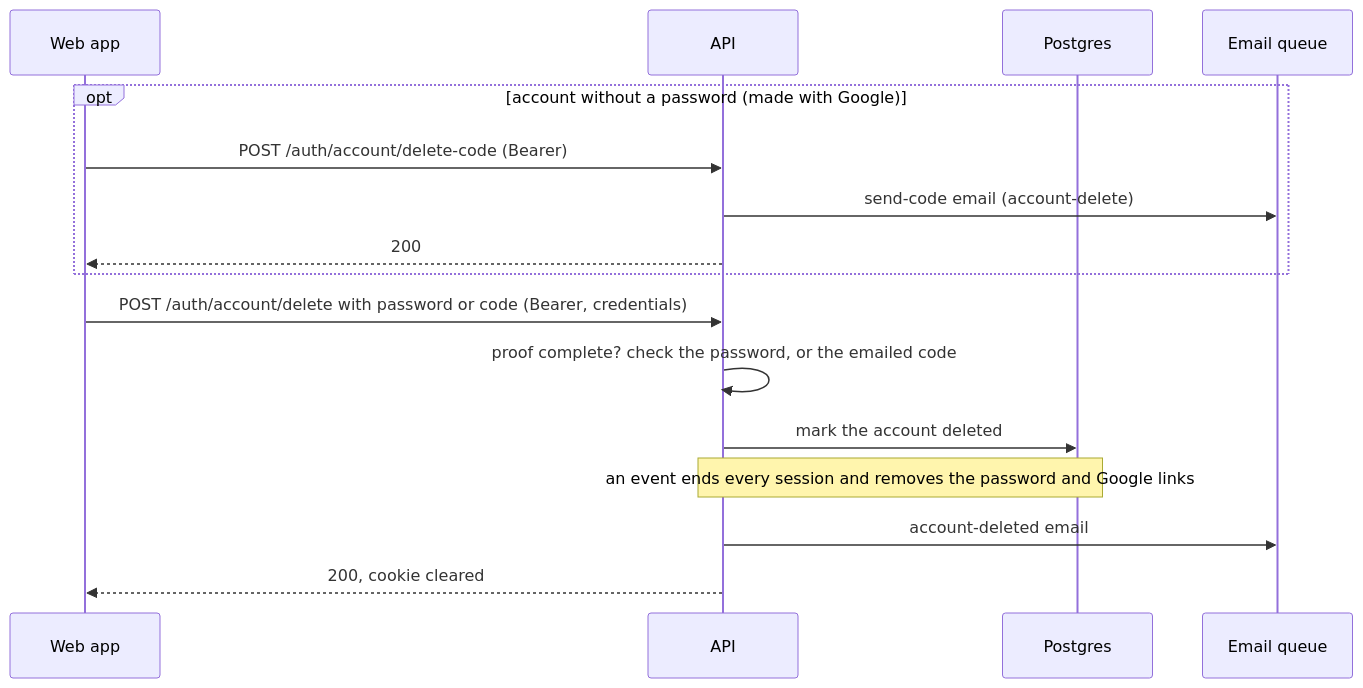
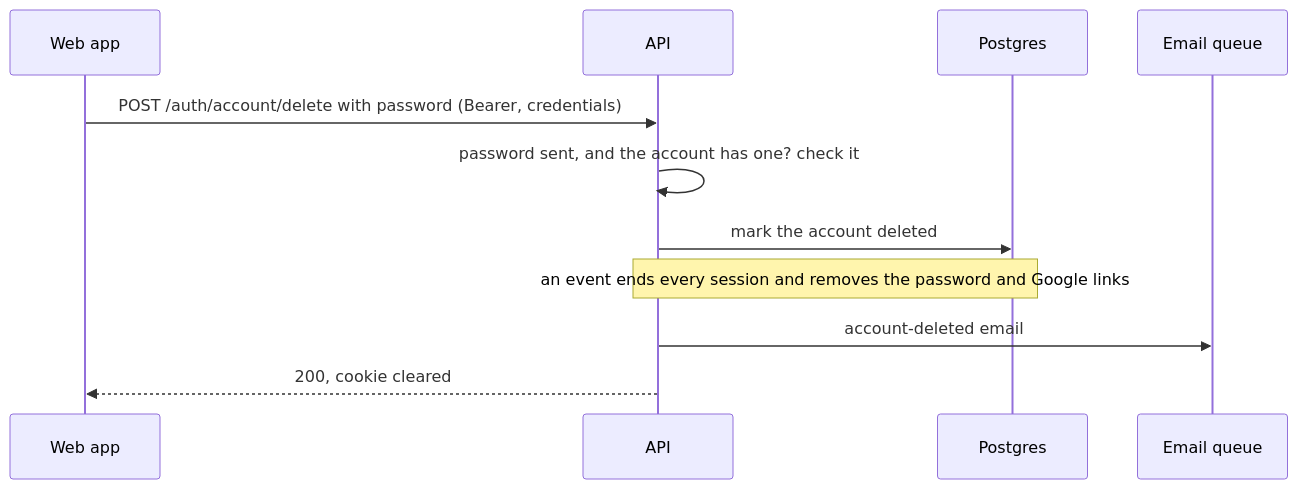
One commit to StoriuSs/NezFocus-Backend changed the tenth of 10 diagrams in docs/auth/flows.md. Above: the diagram before and after it, drawn with Mermaid. The commit also changed other lines of this file and 143 other files, not shown here.

First line of the commit message:
feat(auth): codes by email for sign-up and sign-in (L6)

````diff
--- a/docs/auth/flows.md
+++ b/docs/auth/flows.md
@@ -580,18 +506,13 @@
 ```mermaid
 sequenceDiagram
     participant W as Web app
     participant A as API
     participant P as Postgres
     participant Q as Email queue
-    opt account without a password (made with Google)
-        W->>A: POST /auth/account/delete-code (Bearer)
-        A->>Q: send-code email (account-delete)
-        A-->>W: 200
-    end
-    W->>A: POST /auth/account/delete with password or code (Bearer, credentials)
-    A->>A: proof complete? check the password, or the emailed code
+    W->>A: POST /auth/account/delete with password (Bearer, credentials)
+    A->>A: password sent, and the account has one? check it
     A->>P: mark the account deleted
     Note over A,P: an event ends every session and removes the password and Google links
     A->>Q: account-deleted email
     A-->>W: 200, cookie cleared
 ```
````
